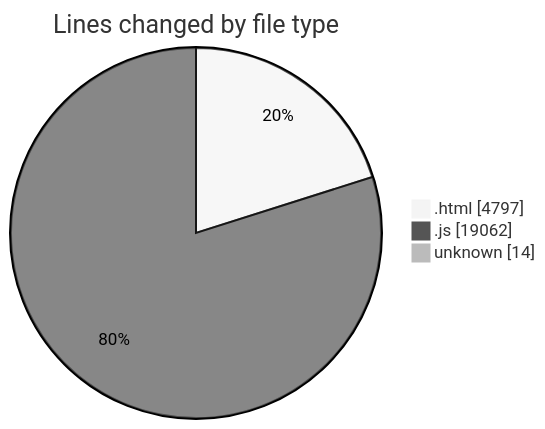
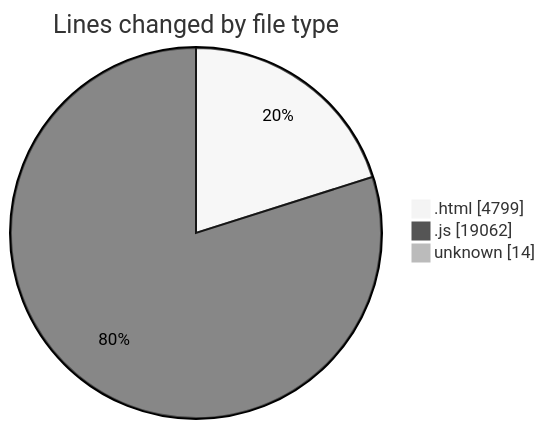
The first of 2 diagrams in 2025-04-24/enre_-_calculadora_de_consumo_v_2022_files/README.md (LanceThiago/code-tracking), drawn with Mermaid (neutral theme) before and after one commit. The commit also changed other lines of this file and 1 other file, not shown here.

````diff
--- a/2025-04-24/enre_-_calculadora_de_consumo_v_2022_files/README.md
+++ b/2025-04-24/enre_-_calculadora_de_consumo_v_2022_files/README.md
@@ -22,7 +22,7 @@
 ```mermaid
 pie showData
 title Lines changed by file type
-".html" : 4797
+".html" : 4799
 ".js" : 19062
 "unknown" : 14
 ```
````
